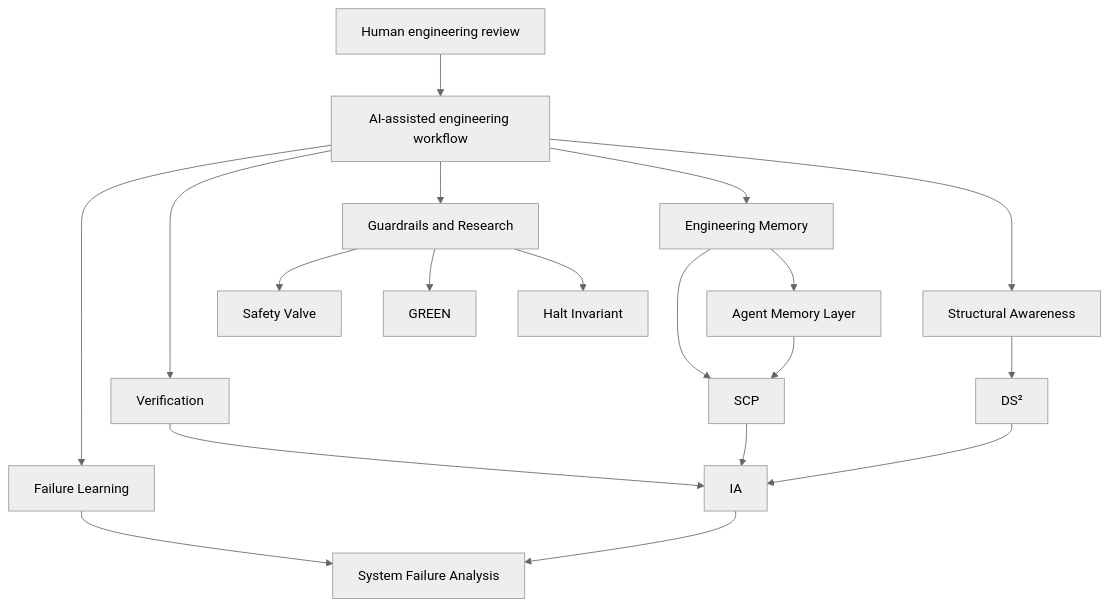
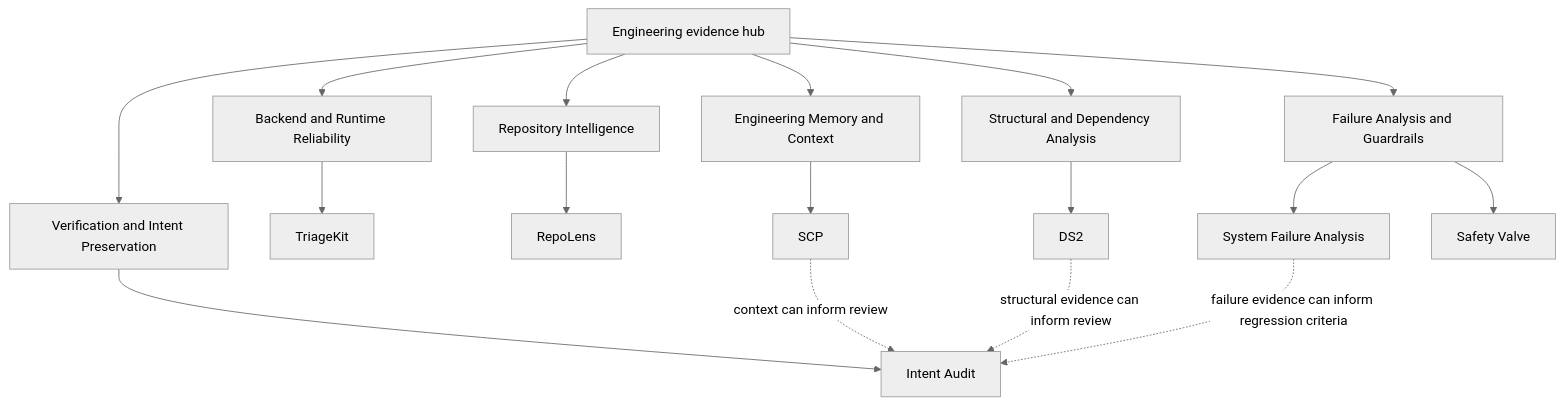
One commit to ragnarok268/ai-engineering-systems changed the diagram in ARCHITECTURE.md. Above: the diagram before and after it, drawn with Mermaid (neutral theme). The commit also changed other lines of this file and 12 other files, not shown here.

First line of the commit message:
docs: reframe engineering hub around capabilities and evidence

````diff
--- a/ARCHITECTURE.md
+++ b/ARCHITECTURE.md
@@ -7,23 +5,19 @@
 ```mermaid
 flowchart TD
-    Human[Human engineering review] --> Workflow[AI-assisted engineering workflow]
-    Workflow --> Memory[Engineering Memory]
-    Workflow --> Verify[Verification]
-    Workflow --> Structure[Structural Awareness]
-    Workflow --> Failure[Failure Learning]
-    Workflow --> Guardrails[Guardrails and Research]
-
-    Memory --> AML[Agent Memory Layer]
-    Memory --> SCP[SCP]
-    Verify --> IA[IA]
-    Structure --> DS2[DS²]
-    Failure --> SFA[System Failure Analysis]
-    Guardrails --> Safety[Safety Valve]
-    Guardrails --> GREEN[GREEN]
-    Guardrails --> Halt[Halt Invariant]
-
-    AML --> SCP
-    SCP --> IA
-    DS2 --> IA
-    IA --> SFA
+    Hub["Engineering evidence hub"] --> Backend["Backend and Runtime Reliability"]
+    Hub --> Verify["Verification and Intent Preservation"]
+    Hub --> Intel["Repository Intelligence"]
+    Hub --> Structure["Structural and Dependency Analysis"]
+    Hub --> Memory["Engineering Memory and Context"]
+    Hub --> Failure["Failure Analysis and Guardrails"]
+    Backend --> Triage["TriageKit"]
+    Verify --> IA["Intent Audit"]
+    Intel --> RepoLens["RepoLens"]
+    Structure --> DS2["DS2"]
+    Memory --> SCP["SCP"]
+    Failure --> SFA["System Failure Analysis"]
+    Failure --> Safety["Safety Valve"]
+    SCP -. "context can inform review" .-> IA
+    DS2 -. "structural evidence can inform review" .-> IA
+    SFA -. "failure evidence can inform regression criteria" .-> IA
 ```
````
